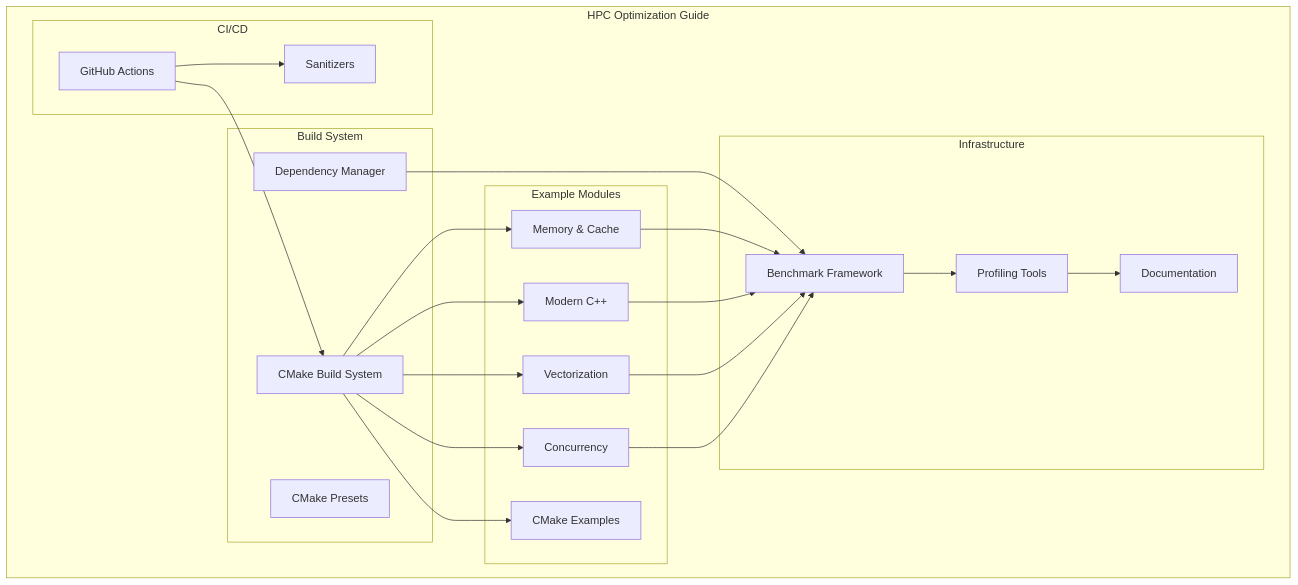
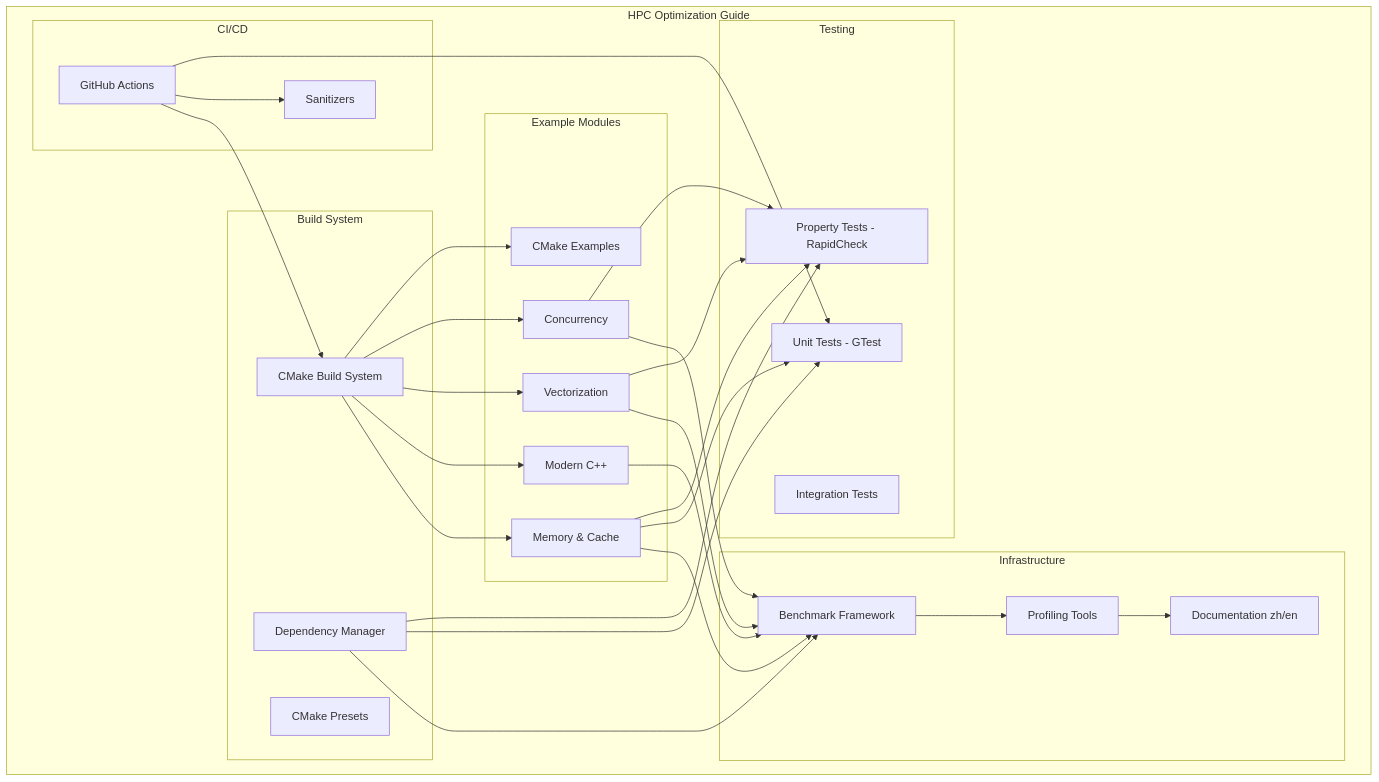
One commit to LessUp/cpp-high-performance-guide changed the first of 2 diagrams in .kiro/specs/hpc-optimization-guide/design.md. Above: the diagram before and after it, drawn with Mermaid. The commit also changed other lines of this file and 2 other files, not shown here.

````diff
--- a/.kiro/specs/hpc-optimization-guide/design.md
+++ b/.kiro/specs/hpc-optimization-guide/design.md
@@ -34,47 +34,61 @@
 ```mermaid
 graph TB
     subgraph "HPC Optimization Guide"
         subgraph "Build System"
             CMake[CMake Build System]
             Presets[CMake Presets]
             FetchContent[Dependency Manager]
         end
         
         subgraph "Example Modules"
             Memory[Memory & Cache]
             CPP[Modern C++]
             SIMD[Vectorization]
             Concurrency[Concurrency]
             CMakeExamples[CMake Examples]
         end
         
+        subgraph "Testing"
+            UnitTest[Unit Tests - GTest]
+            PropTest[Property Tests - RapidCheck]
+            IntegTest[Integration Tests]
+        end
+        
         subgraph "Infrastructure"
             Benchmark[Benchmark Framework]
             Profiling[Profiling Tools]
-            Docs[Documentation]
+            Docs[Documentation zh/en]
         end
         
         subgraph "CI/CD"
             GHA[GitHub Actions]
             Sanitizers[Sanitizers]
         end
     end
     
     CMake --> Memory
     CMake --> CPP
     CMake --> SIMD
     CMake --> Concurrency
     CMake --> CMakeExamples
     
     FetchContent --> Benchmark
+    FetchContent --> UnitTest
+    FetchContent --> PropTest
     Memory --> Benchmark
     CPP --> Benchmark
     SIMD --> Benchmark
     Concurrency --> Benchmark
+    
+    Memory --> UnitTest
+    Memory --> PropTest
+    SIMD --> PropTest
+    Concurrency --> PropTest
     
     Benchmark --> Profiling
     Profiling --> Docs
     
     GHA --> CMake
     GHA --> Sanitizers
+    GHA --> UnitTest
 ```
````
